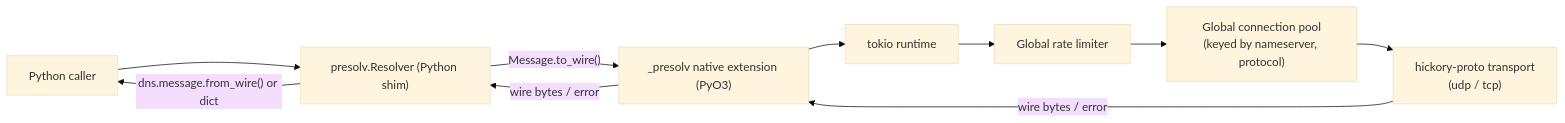
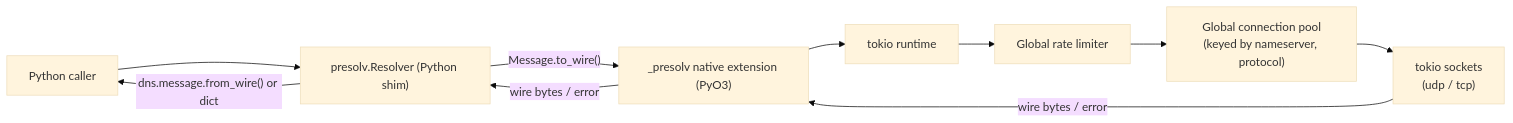
Before and after one commit to inabox099/presolv: the diagram in spec.md, drawn with Mermaid (base theme). The commit also changed other lines of this file and 14 other files, not shown here.

````diff
--- a/spec.md
+++ b/spec.md
@@ -30,12 +30,12 @@
 ```mermaid
 flowchart LR
     A[Python caller] --> B["presolv.Resolver (Python shim)"]
     B -- "Message.to_wire()" --> C["_presolv native extension (PyO3)"]
     C --> D[tokio runtime]
     D --> E[Global rate limiter]
     E --> F["Global connection pool\n(keyed by nameserver, protocol)"]
-    F --> G["hickory-proto transport\n(udp / tcp)"]
+    F --> G["tokio sockets\n(udp / tcp)"]
     G -- wire bytes / error --> C
     C -- "wire bytes / error" --> B
     B -- "dns.message.from_wire() or dict" --> A
 ```
````
